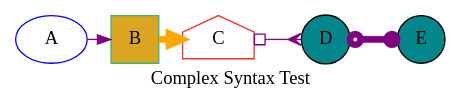
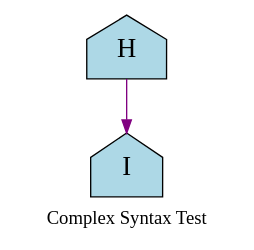
Before and after one commit to graphviz-perl/GraphViz2-Marpa-PathUtils: the diagram in out/clusters.out.06.001.gv, drawn with Graphviz. The commit also changed 33 other files, not shown here.

```diff
--- a/out/clusters.out.06.001.gv
+++ b/out/clusters.out.06.001.gv
@@ -1,44 +1,37 @@
 strict digraph graph_55
 {
  label = "Complex Syntax Test"
 
-	A[ color = "blue"]
 	node[ shape = "house"]
 	edge[ color = "purple"]
 
 	{
  rank = "same"
 
-		C
 		node[ fillcolor = "goldenrod" shape = "circle" style = "filled"]
-		A -> B
-		B[ color = "mediumseagreen"]
-		C[ color = "firebrick1"]
-		B -> C[ color = "orange" penwidth = "5"]
 		node[ fillcolor = "turquoise4"]
-		C -> D[ arrowtail = "obox" arrowhead = "crow" dir = "both" minlen = "2"]
-		D -> E[ arrowtail = "odot" arrowhead = "dot" dir = "both" minlen = "2" penwidth = "5"]
 
 		{
 			node[ fillcolor = "darkorchid" shape = "pentagon"]
 
 		}
 
 	}
-	B[ shape = "square"]
 	node[ fillcolor = "lightblue" fontsize = "20" style = "filled"]
 	subgraph 
 	{
- label = "Outer"		subgraph 
+ label = "Outer"
+
+		H -> I		subgraph 
 		{
  label = "Inner"
 
 			node[ fillcolor = "magenta" fontsize = "26" shape = "triangle"]
 			edge[ color = "blue"]
 
 		}
 
 	}
 	graph[ rankdir = "TB"]
 
 }
```
